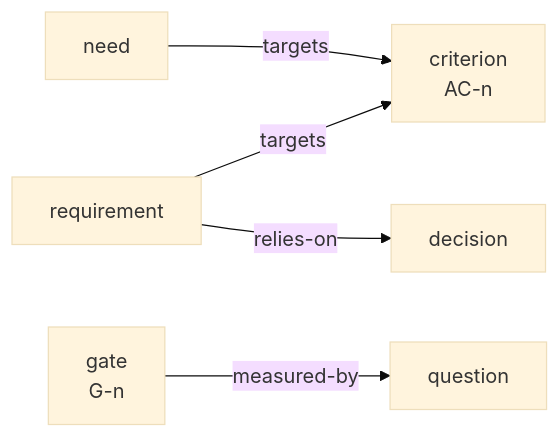
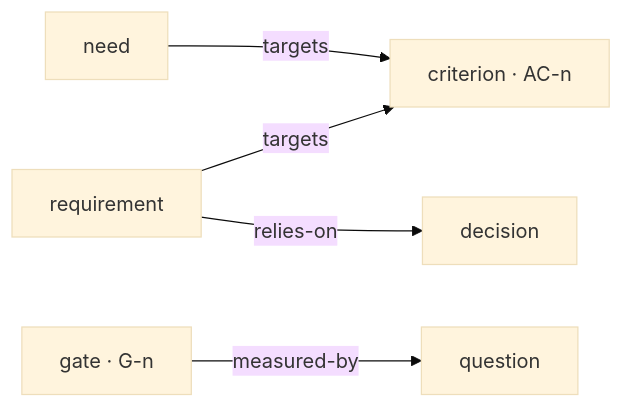
The second of 3 diagrams in README.md (aq2bq/gy), drawn with Mermaid (base theme) before and after one commit. The commit also changed other lines of this file and 1 other file, not shown here.

````diff
--- a/README.md
+++ b/README.md
@@ -45,7 +47,7 @@
 ```mermaid
 flowchart LR
-  N["need"] -- "targets" --> AC["criterion<br/>AC-n"]
+  N["need"] -- "targets" --> AC["criterion · AC-n"]
   R["requirement"] -- "targets" --> AC
   R -- "relies-on" --> D["decision"]
-  G["gate<br/>G-n"] -- "measured-by" --> Q["question"]
+  G["gate · G-n"] -- "measured-by" --> Q["question"]
 ```
````
